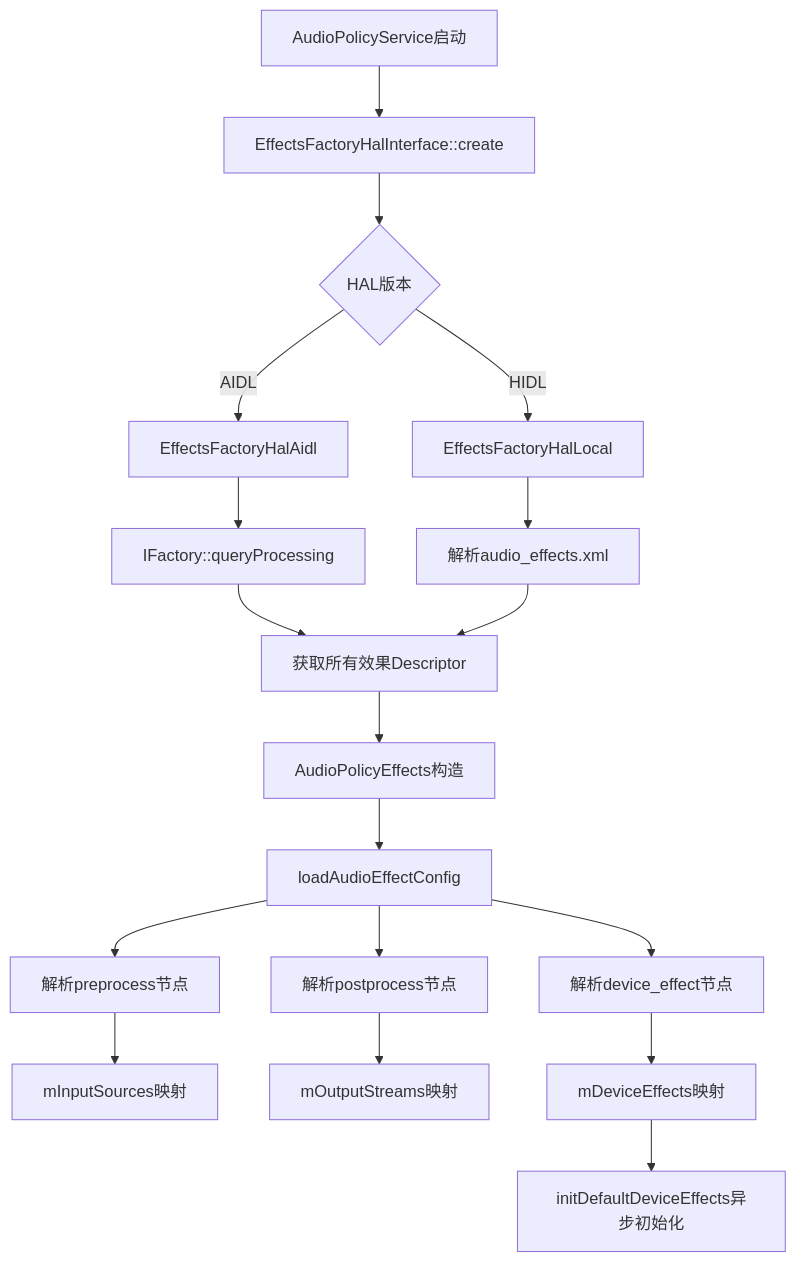
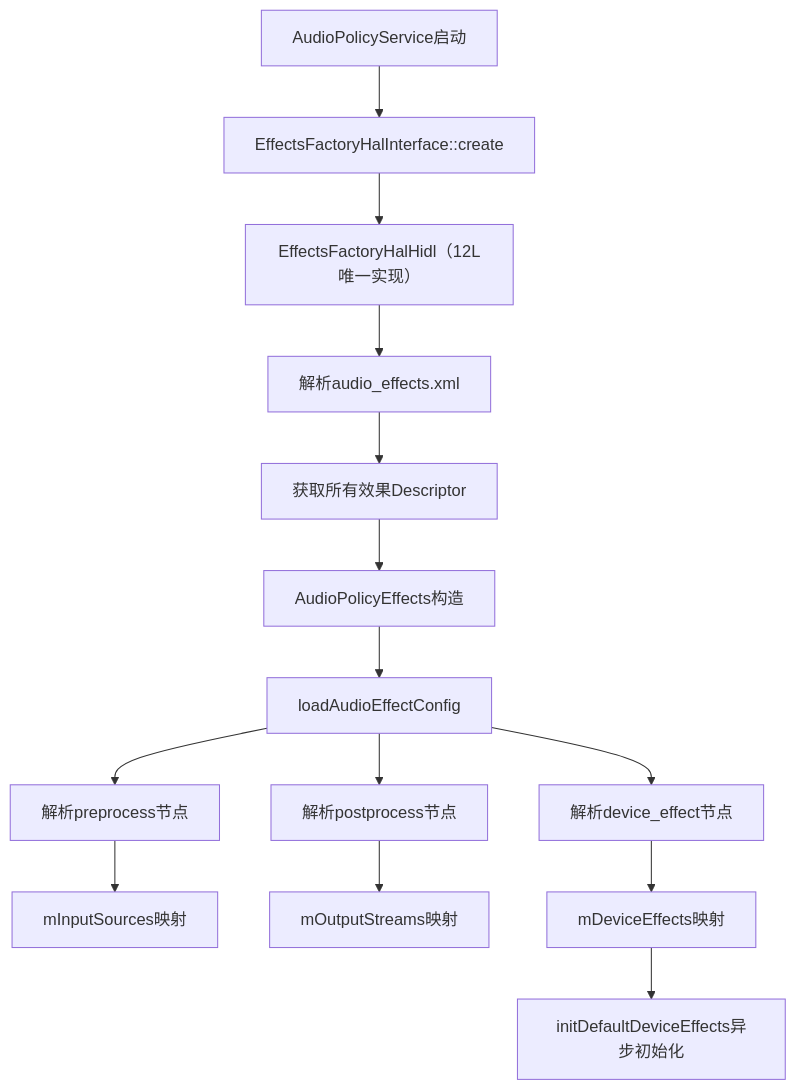
Before and after one commit to yanglinzhen1022/SA8295_AAOS_QNX_Audio_KnowledgeBase: the first of 7 diagrams in 07_Effects_Framework/07_7.9_内置效果与Vendor效果.md, drawn with Mermaid. The commit also changed other lines of this file and 12 other files, not shown here.

````diff
--- a/07_Effects_Framework/07_7.9_内置效果与Vendor效果.md
+++ b/07_Effects_Framework/07_7.9_内置效果与Vendor效果.md
@@ -157,20 +165,16 @@
 ```mermaid
 graph TB
     A[AudioPolicyService启动] --> B[EffectsFactoryHalInterface::create]
-    B --> C{HAL版本}
-    C -->|AIDL| D[EffectsFactoryHalAidl]
-    C -->|HIDL| E[EffectsFactoryHalLocal]
-    D --> F[IFactory::queryProcessing]
-    F --> G[获取所有效果Descriptor]
+    B --> E[EffectsFactoryHalHidl（12L唯一实现）]
     E --> H[解析audio_effects.xml]
-    H --> G
+    H --> G[获取所有效果Descriptor]
     G --> I[AudioPolicyEffects构造]
     I --> J[loadAudioEffectConfig]
     J --> K[解析preprocess节点]
     J --> L[解析postprocess节点]
     J --> M[解析device_effect节点]
     K --> N[mInputSources映射]
     L --> O[mOutputStreams映射]
     M --> P[mDeviceEffects映射]
     P --> Q[initDefaultDeviceEffects异步初始化]
 ```
````
